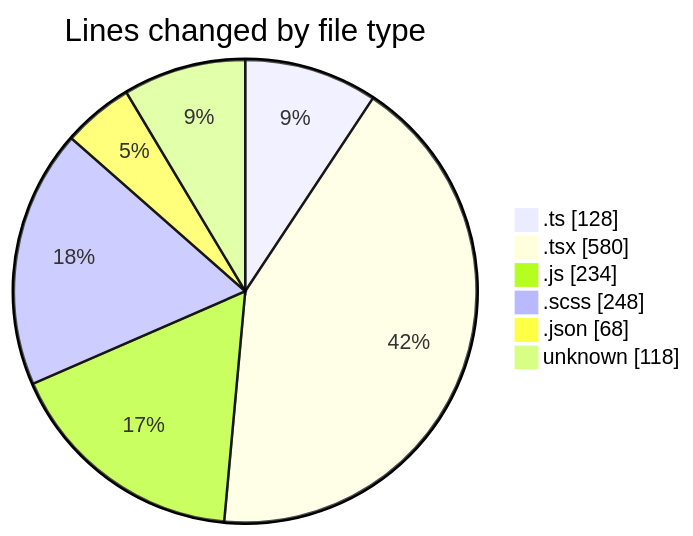
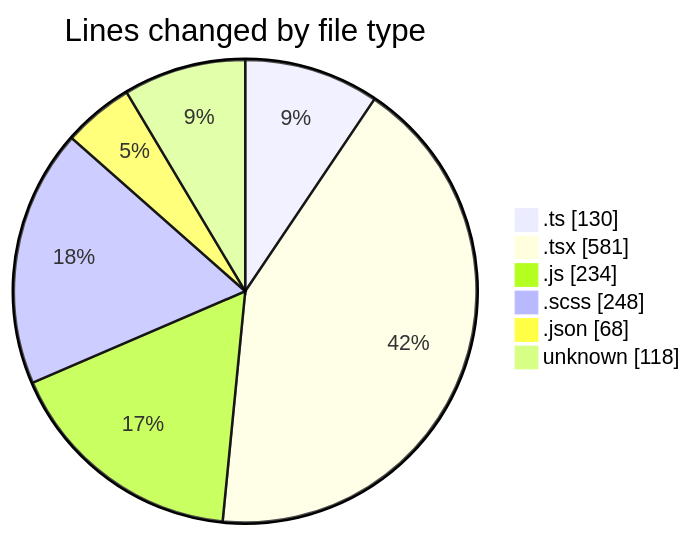
Before and after one commit to momahboobian/code-tracking: the first of 2 diagrams in 2026-05-08/cda/README.md, drawn with Mermaid. The commit also changed other lines of this file and 1 other file, not shown here.

````diff
--- a/2026-05-08/cda/README.md
+++ b/2026-05-08/cda/README.md
@@ -36,10 +37,10 @@
 ```mermaid
 pie showData
 title Lines changed by file type
-".ts" : 128
-".tsx" : 580
+".ts" : 130
+".tsx" : 581
 ".js" : 234
 ".scss" : 248
 ".json" : 68
 "unknown" : 118
 ```
````
